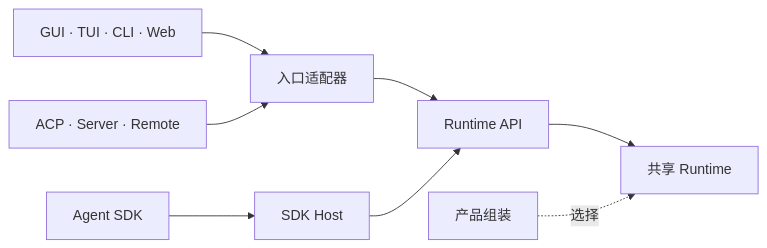
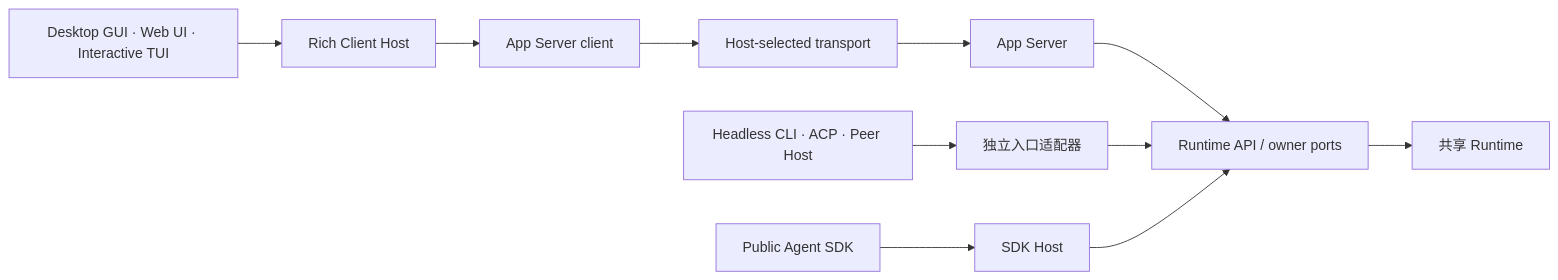
Before and after one commit to 1688mengdie/BitFun: the eighth of 15 diagrams in docs/architecture/product-architecture.md, drawn with Mermaid. The commit also changed other lines of this file and 87 other files, not shown here.

Commit message:
feat(cli): add app server to cli

````diff
--- a/docs/architecture/product-architecture.md
+++ b/docs/architecture/product-architecture.md
@@ -529,10 +580,13 @@
 ```mermaid
 flowchart LR
-  Products["GUI · TUI · CLI · Web"] --> Adapter["入口适配器"]
-  Protocol["ACP · Server · Remote"] --> Adapter
-  SDK["Agent SDK"] --> SDKHost["SDK Host"]
-  Adapter --> API["Runtime API"]
+  Rich["Desktop GUI · Web UI · Interactive TUI"] --> Host["Rich Client Host"]
+  Host --> Client["App Server client"]
+  Client --> Transport["Host-selected transport"]
+  Transport --> AppServer["App Server"]
+  Other["Headless CLI · ACP · Peer Host"] --> Adapter["独立入口适配器"]
+  SDK["Public Agent SDK"] --> SDKHost["SDK Host"]
+  AppServer --> API["Runtime API / owner ports"]
+  Adapter --> API
   SDKHost --> API
   API --> Runtime["共享 Runtime"]
-  Assembly["产品组装"] -. "选择" .-> Runtime
 ```
````
